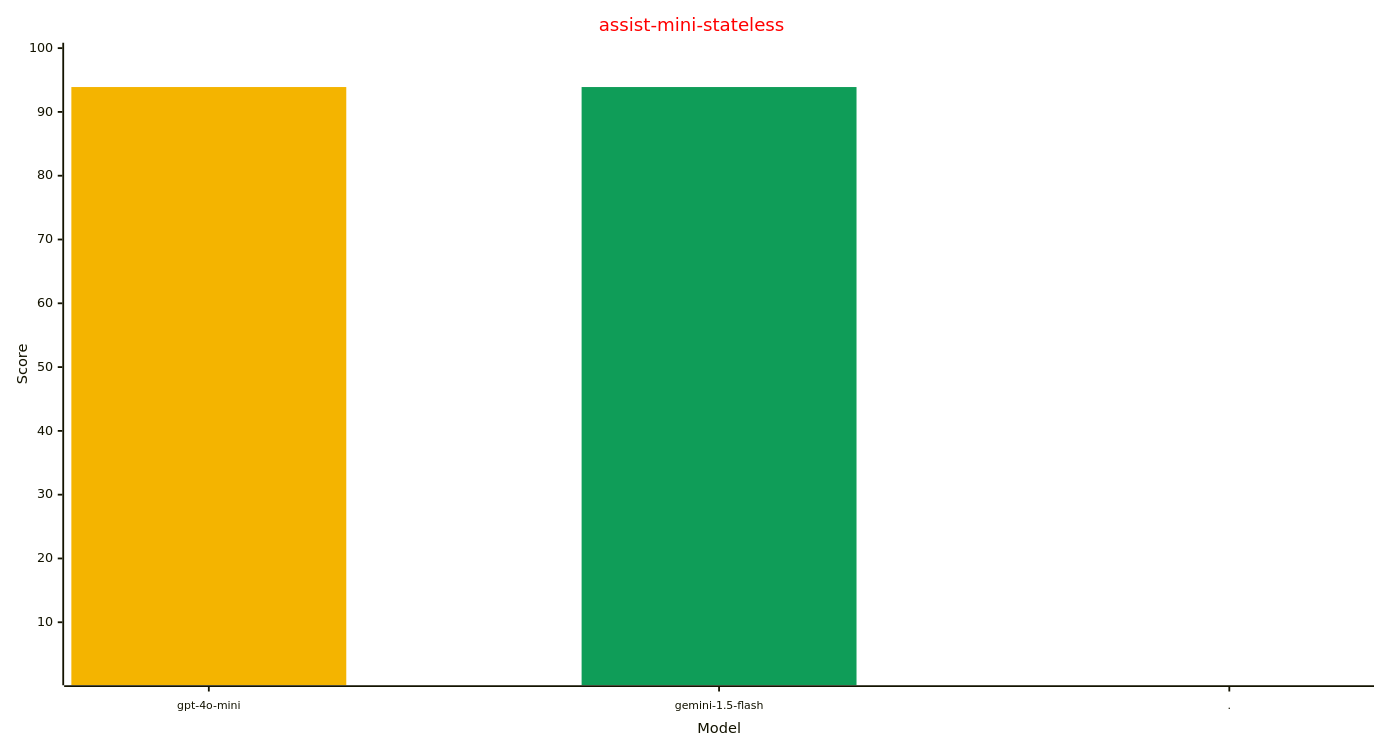
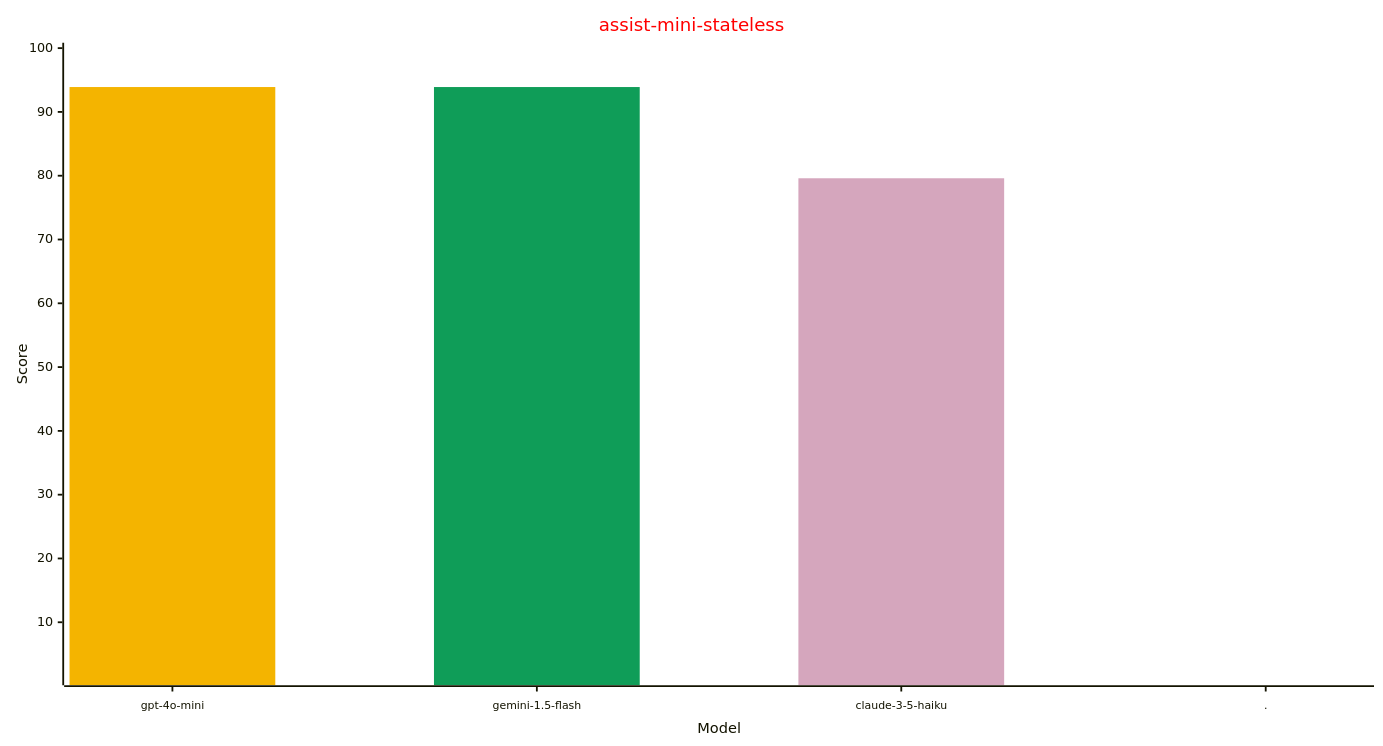
Before and after one commit to allenporter/home-assistant-datasets: the fourth of 4 diagrams in reports/README.md, drawn with Mermaid. The commit also changed other lines of this file and 54 other files, not shown here.

````diff
--- a/reports/README.md
+++ b/reports/README.md
@@ -199,23 +200,24 @@
 ```mermaid
 ---
 config:
     xyChart:
         width: 1500
         height: 800
         xAxis:
           labelFontSize: 12
           labelPadding: 8
     themeVariables:
         xyChart:
             titleColor: "#ff0000"
-            plotColorPalette: "#f4b400, #0f9d58, #4285f4"
+            plotColorPalette: "#f4b400, #0f9d58, #d5a6bd, #4285f4"
 
 ---
 xychart-beta
   title "assist-mini-stateless"
-  x-axis "Model" [gpt-4o-mini, gemini-1.5-flash, .]
+  x-axis "Model" [gpt-4o-mini, gemini-1.5-flash, claude-3-5-haiku, .]
   y-axis "Score" 1 --> 100
-  bar [93.9, 0.0, 0.0]
-  bar [0.0, 93.9, 0.0]
-  bar [0.0, 0.0, -1.0]
+  bar [93.9, 0.0, 0.0, 0.0]
+  bar [0.0, 93.9, 0.0, 0.0]
+  bar [0.0, 0.0, 79.6, 0.0]
+  bar [0.0, 0.0, 0.0, -1.0]
 ```
````
